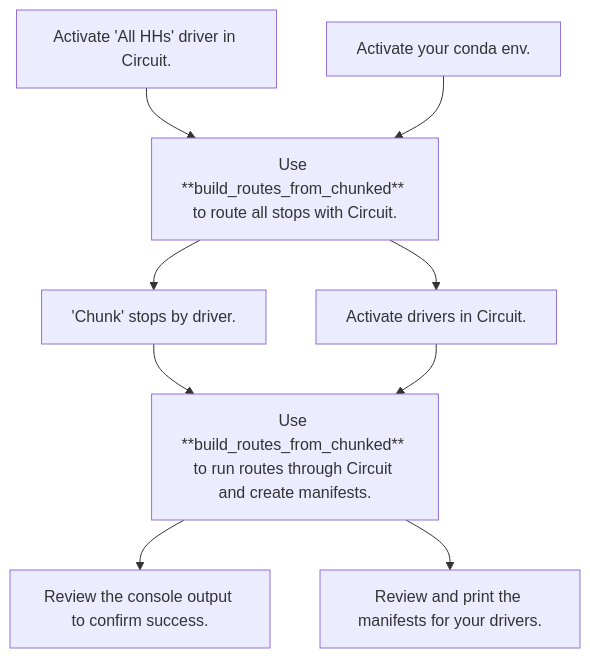
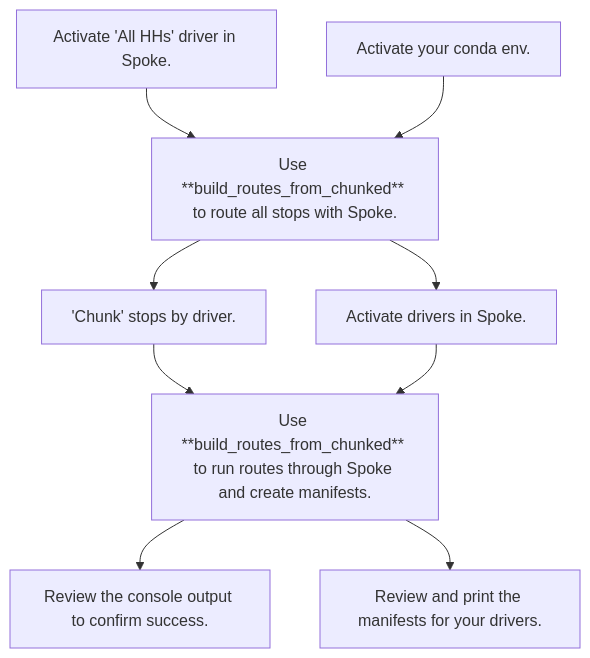
One commit to crickets-and-comb/bfb_delivery changed the diagram in docs/workflow.rst. Above: the diagram before and after it, drawn with Mermaid. The commit also changed other lines of this file and 39 other files, not shown here.

```diff
--- a/docs/workflow.rst
+++ b/docs/workflow.rst
@@ -7,14 +7,14 @@
 .. mermaid::
    :caption: Delivery Planning Workflow
 
    graph TD;
-       activate_all_hhs_driver["Activate 'All HHs' driver in Circuit."];
+       activate_all_hhs_driver["Activate 'All HHs' driver in Spoke."];
        activate_env[Activate your conda env.];
-       activate_all_hhs_driver --> get_long_route[Use **build_routes_from_chunked** to route all stops with Circuit.];
+       activate_all_hhs_driver --> get_long_route[Use **build_routes_from_chunked** to route all stops with Spoke.];
        activate_env --> get_long_route;
        get_long_route --> chunk["'Chunk' stops by driver."];
-       get_long_route --> activate_drivers[Activate drivers in Circuit.];
-       chunk --> build_routes_from_chunked[Use **build_routes_from_chunked** to run routes through Circuit and create manifests.];
+       get_long_route --> activate_drivers[Activate drivers in Spoke.];
+       chunk --> build_routes_from_chunked[Use **build_routes_from_chunked** to run routes through Spoke and create manifests.];
        activate_drivers --> build_routes_from_chunked;
        build_routes_from_chunked --> review_output[Review the console output to confirm success.];
        build_routes_from_chunked --> print[Review and print the manifests for your drivers.];
```
